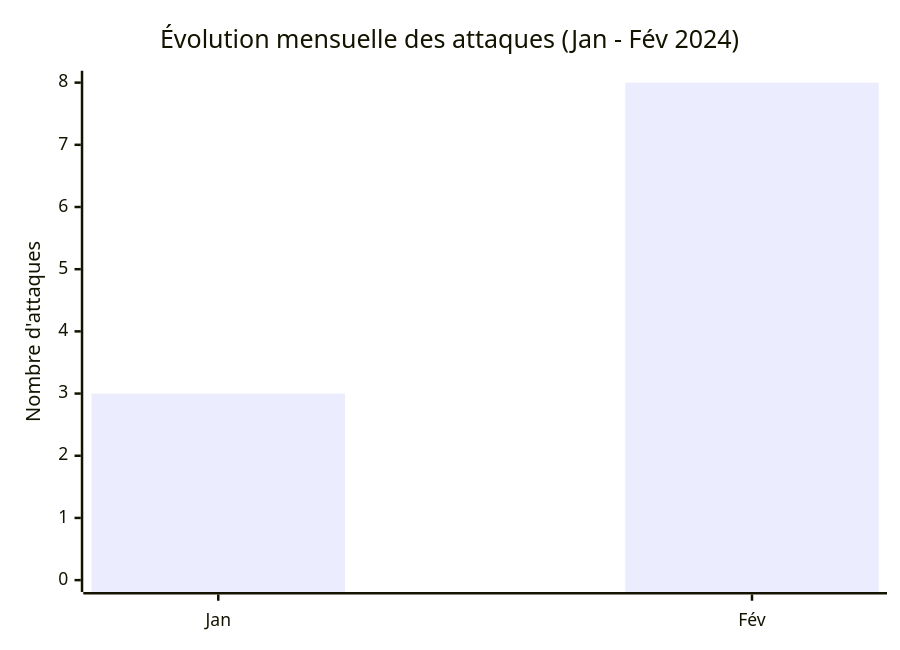
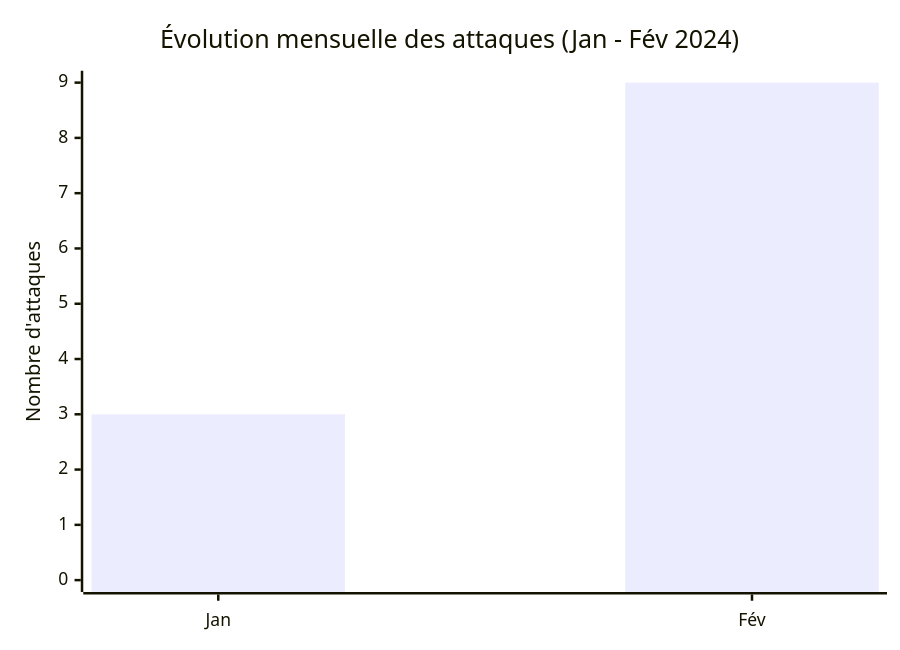
Before and after one commit to Hatchepsoute/AFRINTEL: the fifth of 5 diagrams in CyberAttackAfrica/2024/02-february/README_FR.md, drawn with Mermaid. The commit also changed other lines of this file and 17 other files, not shown here.

````diff
--- a/CyberAttackAfrica/2024/02-february/README_FR.md
+++ b/CyberAttackAfrica/2024/02-february/README_FR.md
@@ -142,7 +146,7 @@
 ```mermaid
 xychart-beta
     title "Évolution mensuelle des attaques (Jan - Fév 2024)"
     x-axis ["Jan", "Fév"]
-    y-axis "Nombre d'attaques" 0 --> 8
-    bar [3, 8]
+    y-axis "Nombre d'attaques" 0 --> 9
+    bar [3, 9]
 ```
````
